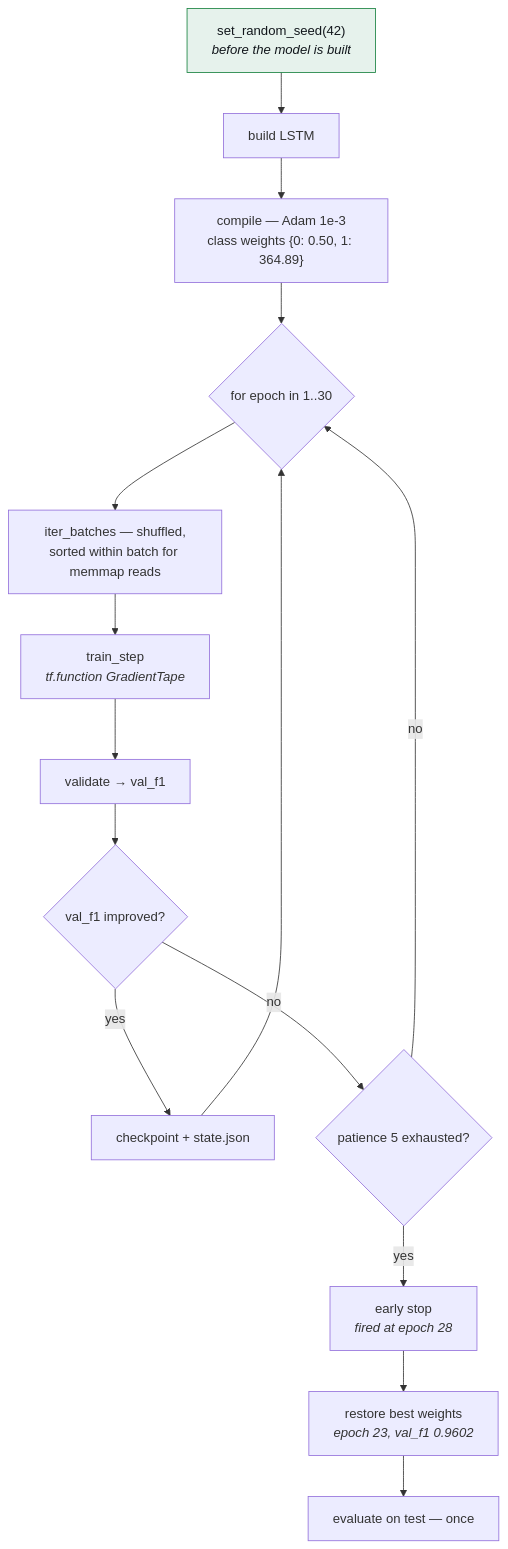
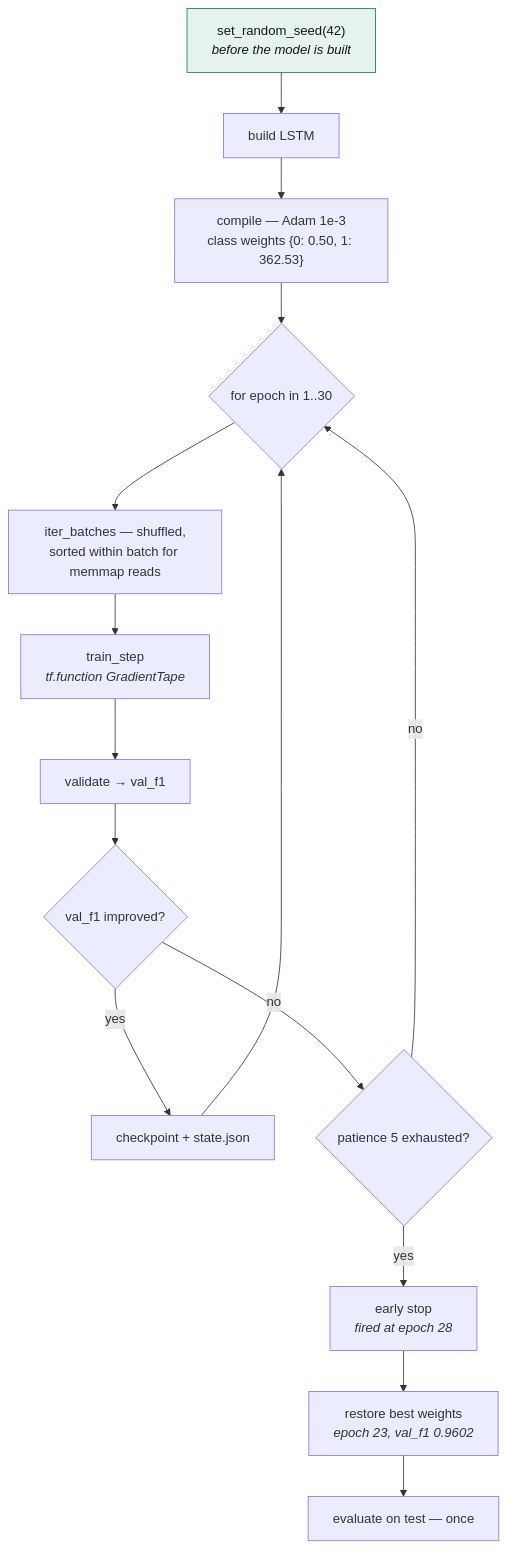
Before and after one commit to Vanshcloud/Predictive-Maintenance-GenAI: the fourth of 6 diagrams in docs/architecture.md, drawn with Mermaid. The commit also changed other lines of this file and 37 other files, not shown here.

````diff
--- a/docs/architecture.md
+++ b/docs/architecture.md
@@ -121,20 +121,20 @@
 ```mermaid
 flowchart TD
     S["set_random_seed(42)<br/><i>before the model is built</i>"] --> M["build LSTM"]
-    M --> C["compile — Adam 1e-3<br/>class weights {0: 0.50, 1: 364.89}"]
+    M --> C["compile — Adam 1e-3<br/>class weights {0: 0.50, 1: 362.53}"]
     C --> L{"for epoch in 1..30"}
     L --> B["iter_batches — shuffled,<br/>sorted within batch for memmap reads"]
     B --> T["train_step<br/><i>tf.function GradientTape</i>"]
     T --> V["validate → val_f1"]
     V --> IMP{"val_f1 improved?"}
     IMP -->|yes| CK["checkpoint + state.json"]
     IMP -->|no| P{"patience 5 exhausted?"}
     P -->|no| L
     CK --> L
     P -->|yes| STOP["early stop<br/><i>fired at epoch 28</i>"]
     STOP --> RB["restore best weights<br/><i>epoch 23, val_f1 0.9602</i>"]
     RB --> EV["evaluate on test — once"]
 
     classDef seed fill:#e6f2ec,stroke:#15803d,color:#12171c
     class S seed
 ```
````
